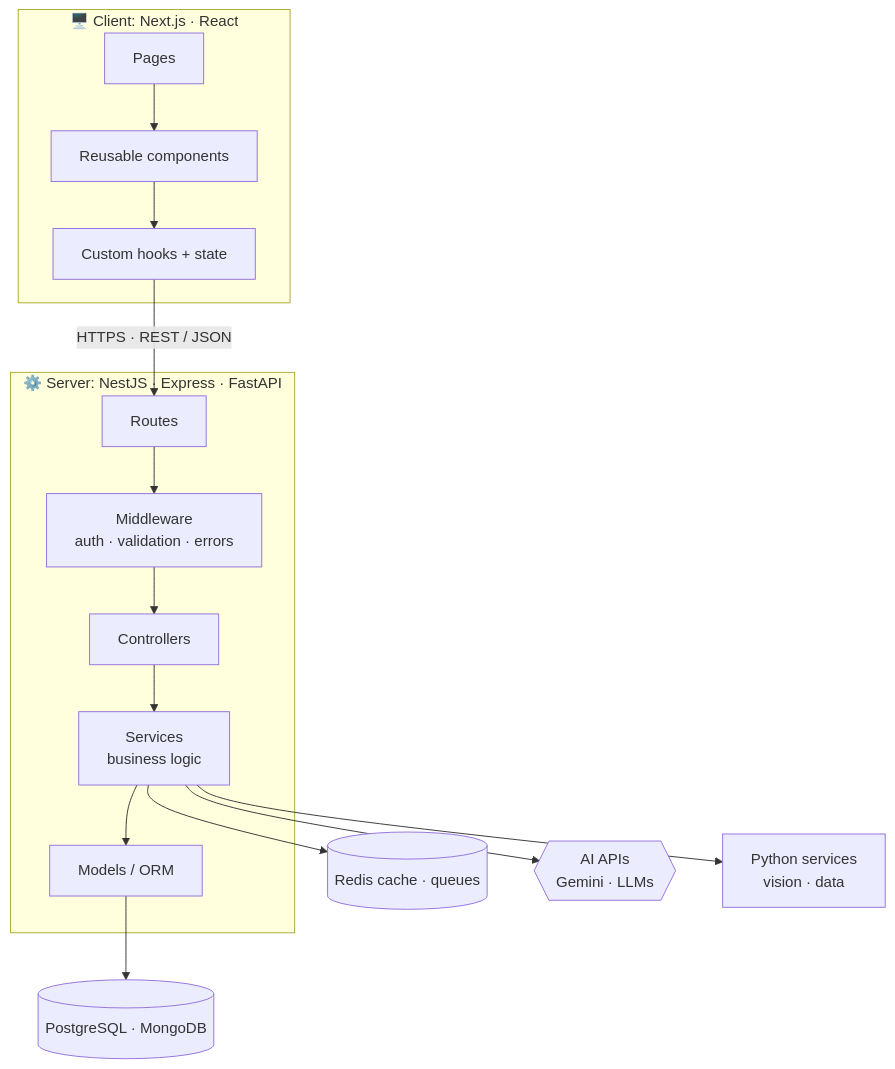
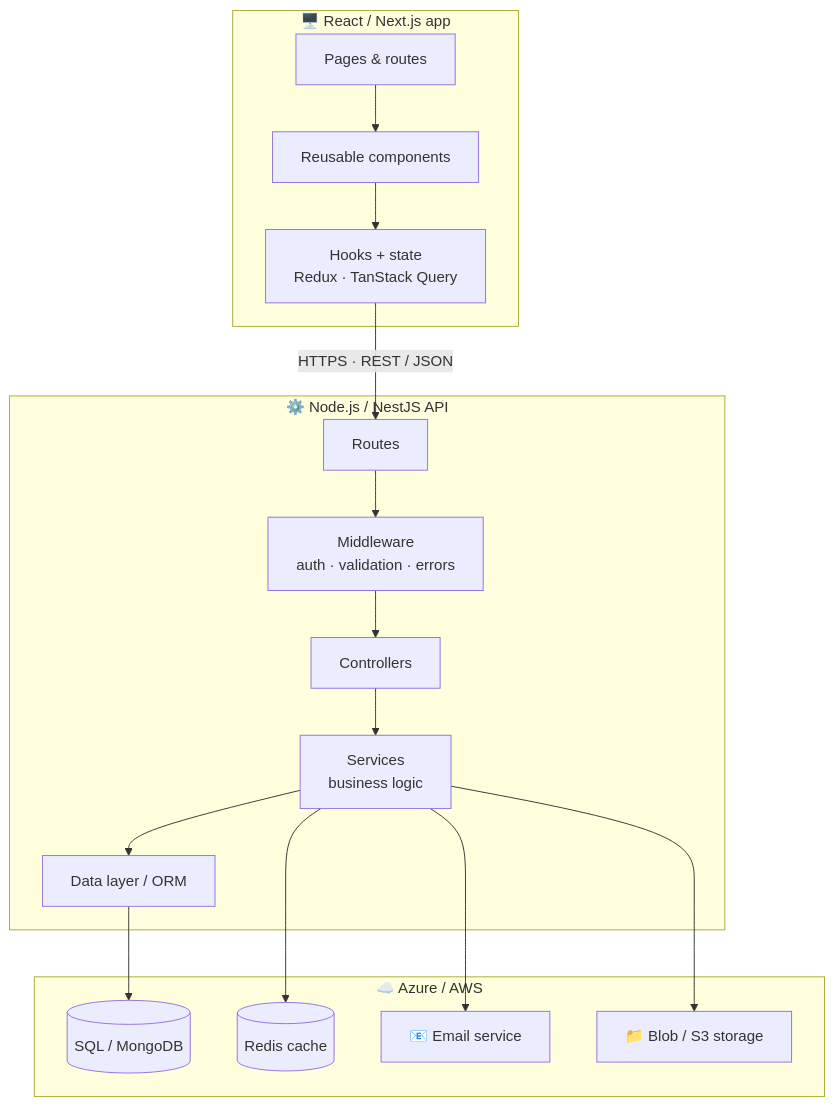
Before and after one commit to shivanjali24-03/shivanjali24-03: the third of 3 diagrams in README.md, drawn with Mermaid. The commit also changed other lines of this file and 1 other file, not shown here.

First line of the commit message:
Reposition as Senior React & Full-Stack Developer / Team Lead

````diff
--- a/README.md
+++ b/README.md
@@ -159,18 +161,24 @@
 ```mermaid
 flowchart TB
-    subgraph Client["🖥️ Client: Next.js · React"]
-        P[Pages] --> C[Reusable components]
-        C --> H[Custom hooks + state]
+    subgraph Client["🖥️ React / Next.js app"]
+        P[Pages & routes] --> C[Reusable components]
+        C --> H[Hooks + state<br/>Redux · TanStack Query]
     end
-    subgraph Server["⚙️ Server: NestJS · Express · FastAPI"]
+    subgraph Server["⚙️ Node.js / NestJS API"]
         R[Routes] --> M[Middleware<br/>auth · validation · errors]
         M --> CT[Controllers]
         CT --> S[Services<br/>business logic]
-        S --> MD[Models / ORM]
+        S --> MD[Data layer / ORM]
+    end
+    subgraph Cloud["☁️ Azure / AWS"]
+        DB[(SQL / MongoDB)]
+        RC[(Redis cache)]
+        EM[📧 Email service]
+        BL[📁 Blob / S3 storage]
     end
     H -- "HTTPS · REST / JSON" --> R
-    MD --> DB[(PostgreSQL · MongoDB)]
-    S --> RC[(Redis cache · queues)]
-    S --> AI{{AI APIs<br/>Gemini · LLMs}}
-    S --> PY[Python services<br/>vision · data]
+    MD --> DB
+    S --> RC
+    S --> EM
+    S --> BL
 ```
````
